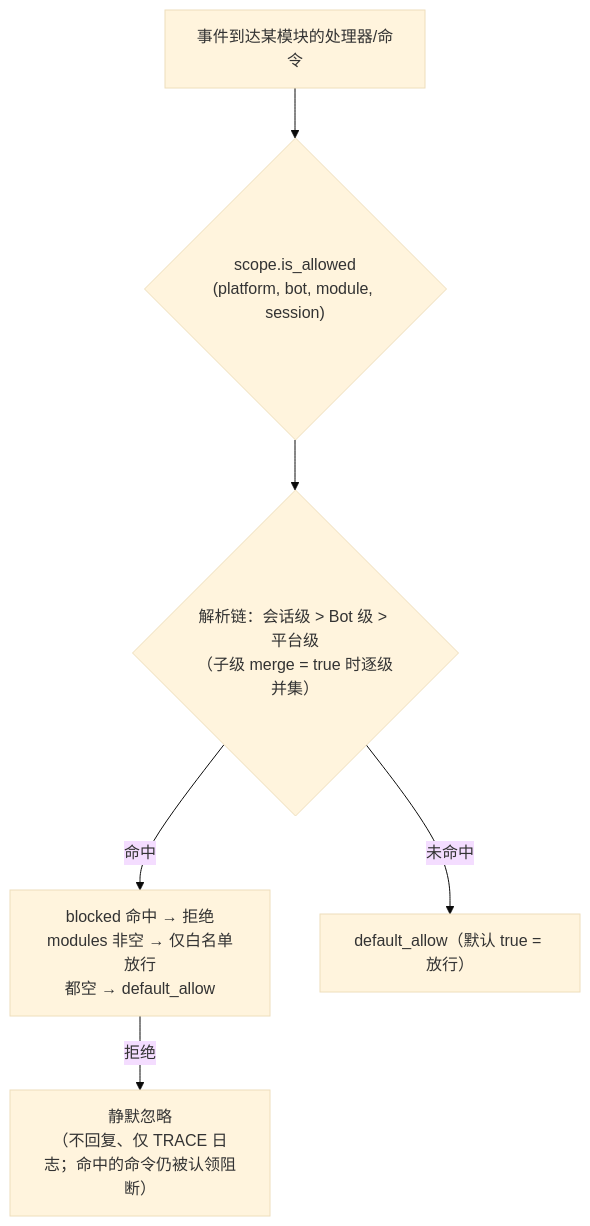
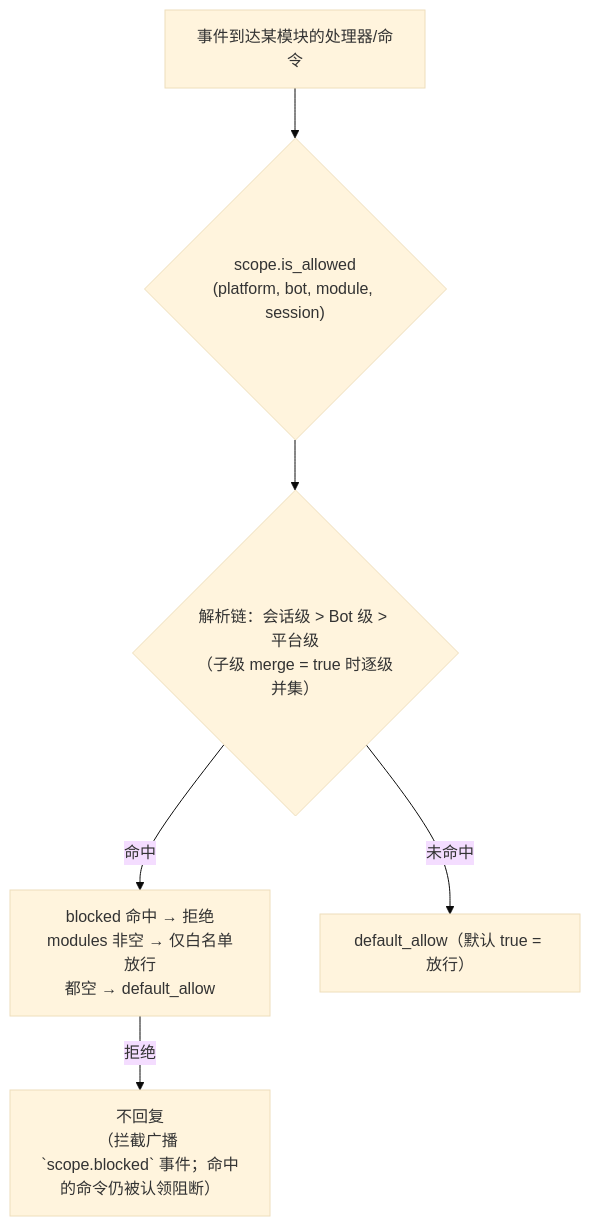
Before and after one commit to ErisPulse/ErisPulse: the diagram in docs/zh-CN/advanced/scope.md, drawn with Mermaid (base theme). The commit also changed other lines of this file and 5 other files, not shown here.

Commit message:
chore: 2.9.0-dev.0 版本收口；新增 scope.blocked 拦截事件与文档可观测口径

````diff
--- a/docs/zh-CN/advanced/scope.md
+++ b/docs/zh-CN/advanced/scope.md
@@ -105,8 +105,8 @@
 ```mermaid
 flowchart TD
     A["事件到达某模块的处理器/命令"] --> B{"scope.is_allowed<br/>(platform, bot, module, session)"}
     B --> C{"解析链：会话级 > Bot 级 > 平台级<br/>（子级 merge = true 时逐级并集）"}
     C -->|"命中"| D["blocked 命中 → 拒绝<br/>modules 非空 → 仅白名单放行<br/>都空 → default_allow"]
     C -->|"未命中"| E["default_allow（默认 true = 放行）"]
-    D -->|"拒绝"| Z["静默忽略<br/>（不回复、仅 TRACE 日志；命中的命令仍被认领阻断）"]
+    D -->|"拒绝"| Z["不回复<br/>（拦截广播 `scope.blocked` 事件；命中的命令仍被认领阻断）"]
 ```
````
